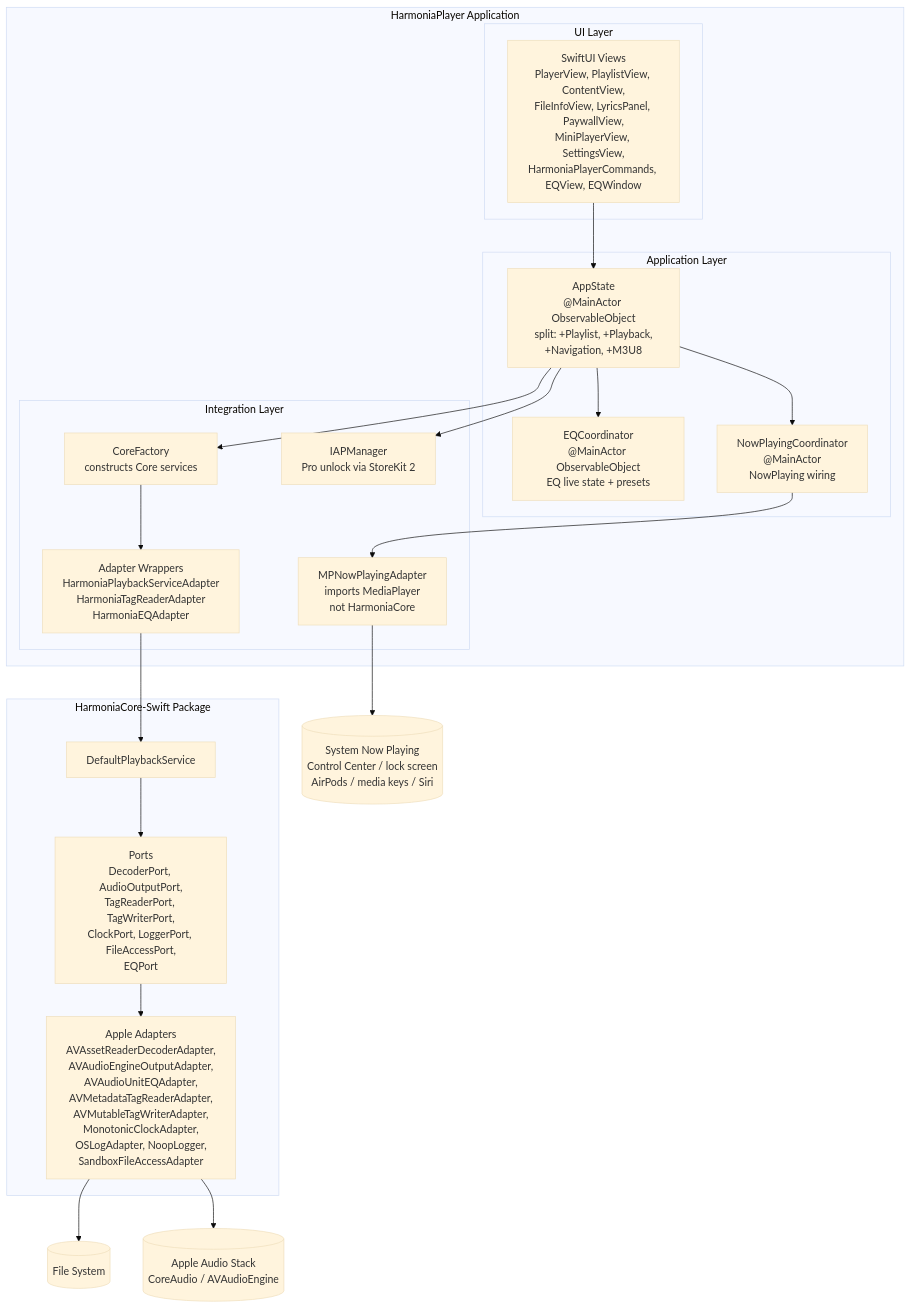
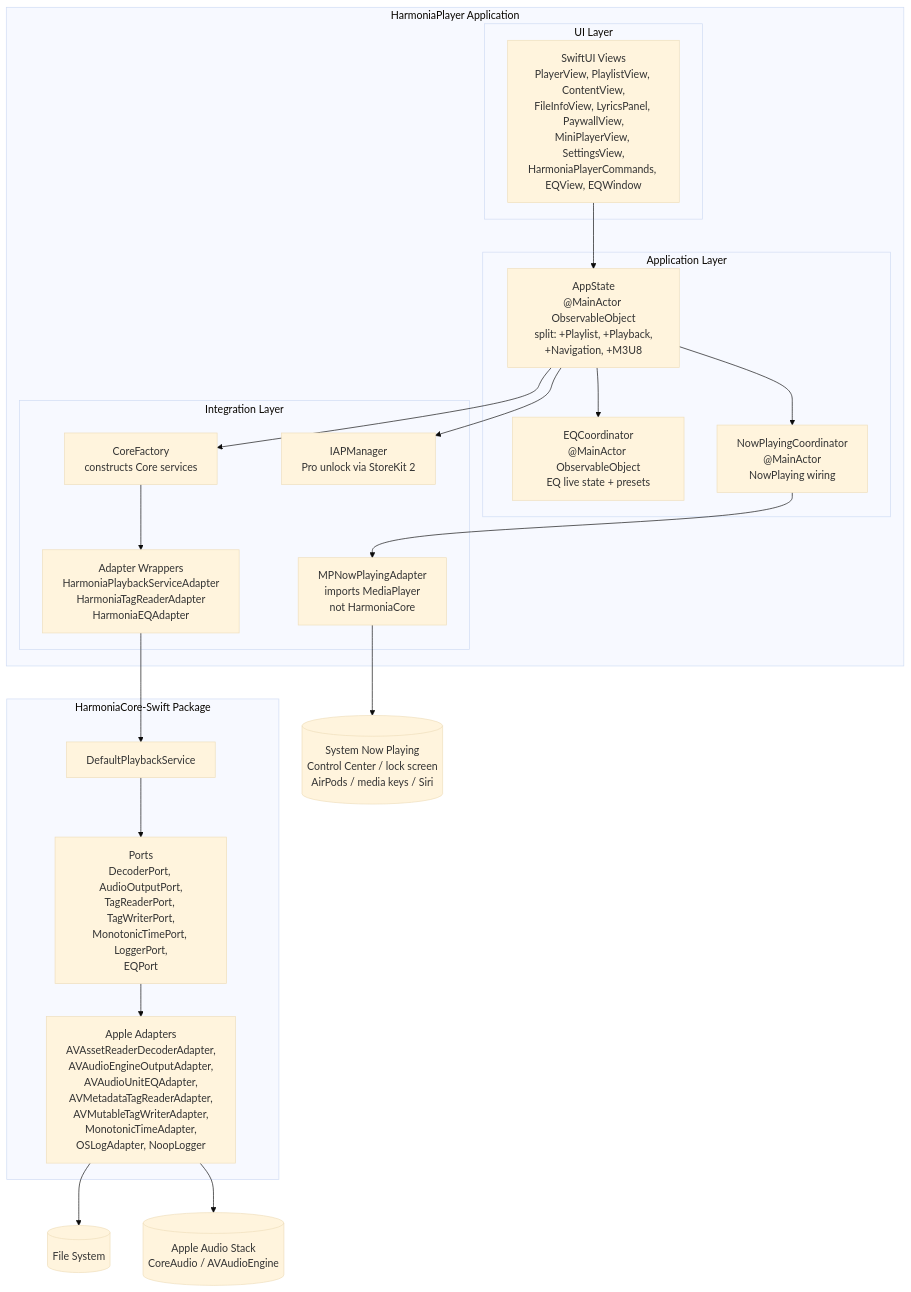
Before and after one commit to OneOfWolvesBilly/HarmoniaPlayer: the second of 2 diagrams in docs/architecture.md, drawn with Mermaid (base theme). The commit also changed other lines of this file and 6 other files, not shown here.

```diff
--- a/docs/architecture.md
+++ b/docs/architecture.md
@@ -158,7 +158,7 @@
       ports[Ports
 DecoderPort, AudioOutputPort,
 TagReaderPort, TagWriterPort,
-ClockPort, LoggerPort, FileAccessPort,
+MonotonicTimePort, LoggerPort,
 EQPort]
       adapters[Apple Adapters
 AVAssetReaderDecoderAdapter,
@@ -166,9 +166,8 @@
 AVAudioUnitEQAdapter,
 AVMetadataTagReaderAdapter,
 AVMutableTagWriterAdapter,
-MonotonicClockAdapter,
-OSLogAdapter, NoopLogger,
-SandboxFileAccessAdapter]
+MonotonicTimeAdapter,
+OSLogAdapter, NoopLogger]
     end
 
     fs[(File System)]
```
